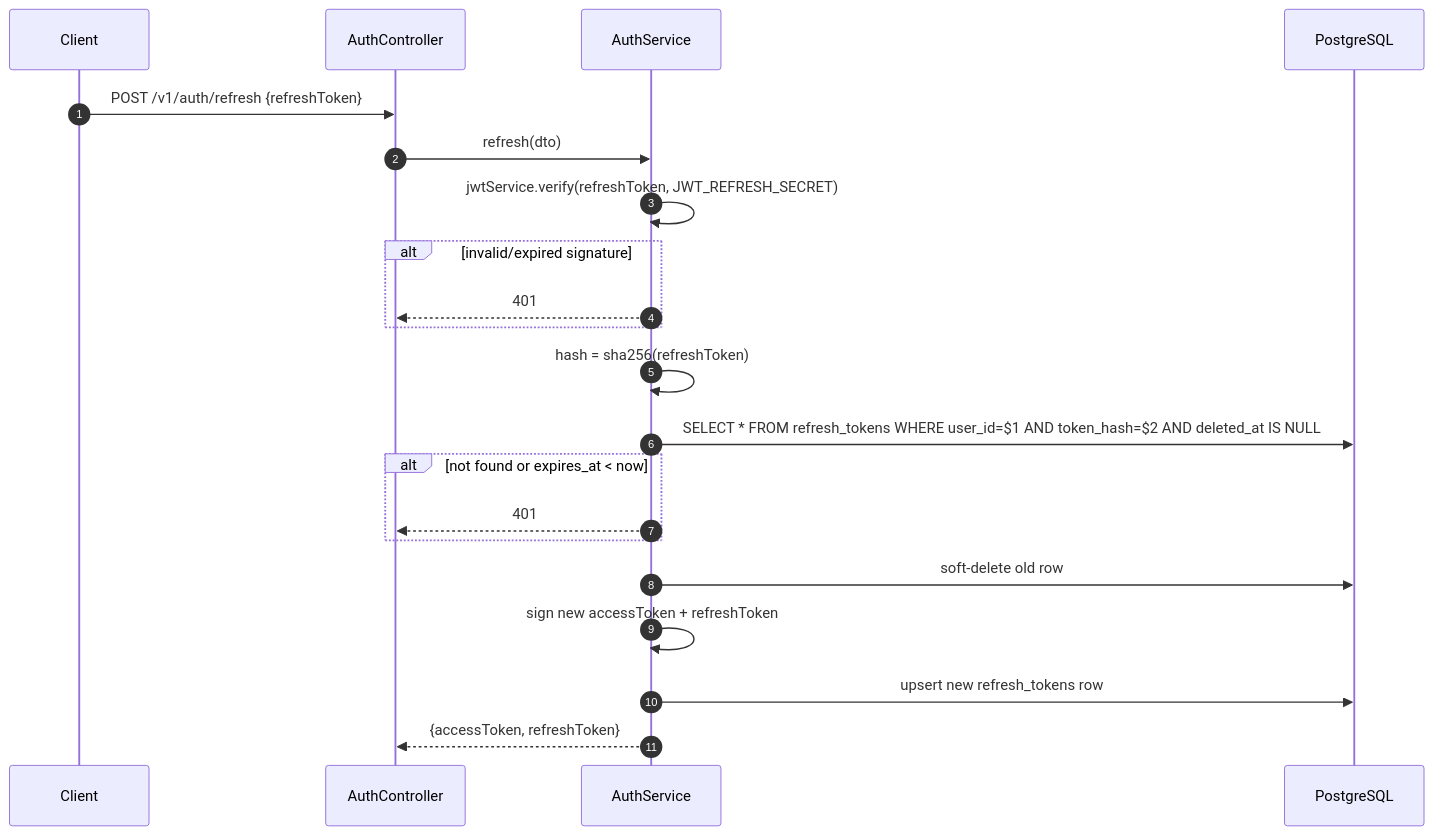
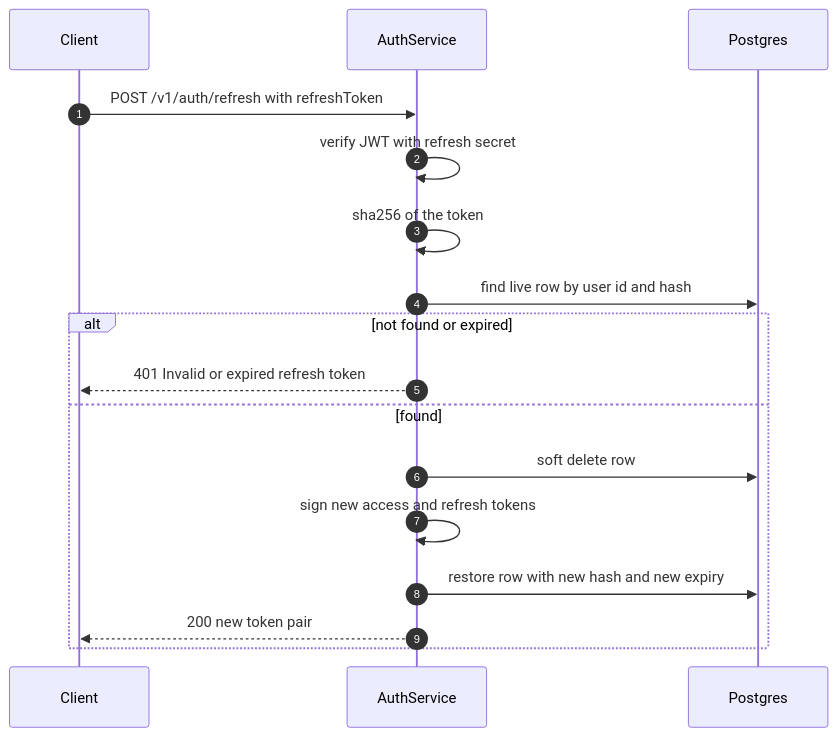
One commit to sharma-dikshant/TestFlow-Docs changed the fourth of 6 diagrams in docs/hld-design/auth.md. Above: the diagram before and after it, drawn with Mermaid. The commit also changed other lines of this file and 26 other files, not shown here.

````diff
--- a/docs/hld-design/auth.md
+++ b/docs/hld-design/auth.md
@@ -156,24 +212,19 @@
 ```mermaid
 sequenceDiagram
     autonumber
     participant C as Client
-    participant Ctrl as AuthController
-    participant Svc as AuthService
-    participant DB as PostgreSQL
-
-    C->>Ctrl: POST /v1/auth/refresh {refreshToken}
-    Ctrl->>Svc: refresh(dto)
-    Svc->>Svc: jwtService.verify(refreshToken, JWT_REFRESH_SECRET)
-    alt invalid/expired signature
-        Svc-->>Ctrl: 401
+    participant S as AuthService
+    participant DB as Postgres
+    C->>S: POST /v1/auth/refresh with refreshToken
+    S->>S: verify JWT with refresh secret
+    S->>S: sha256 of the token
+    S->>DB: find live row by user id and hash
+    alt not found or expired
+        S-->>C: 401 Invalid or expired refresh token
+    else found
+        S->>DB: soft delete row
+        S->>S: sign new access and refresh tokens
+        S->>DB: restore row with new hash and new expiry
+        S-->>C: 200 new token pair
     end
-    Svc->>Svc: hash = sha256(refreshToken)
-    Svc->>DB: SELECT * FROM refresh_tokens WHERE user_id=$1 AND token_hash=$2 AND deleted_at IS NULL
-    alt not found or expires_at < now
-        Svc-->>Ctrl: 401
-    end
-    Svc->>DB: soft-delete old row
-    Svc->>Svc: sign new accessToken + refreshToken
-    Svc->>DB: upsert new refresh_tokens row
-    Svc-->>Ctrl: {accessToken, refreshToken}
 ```
````
